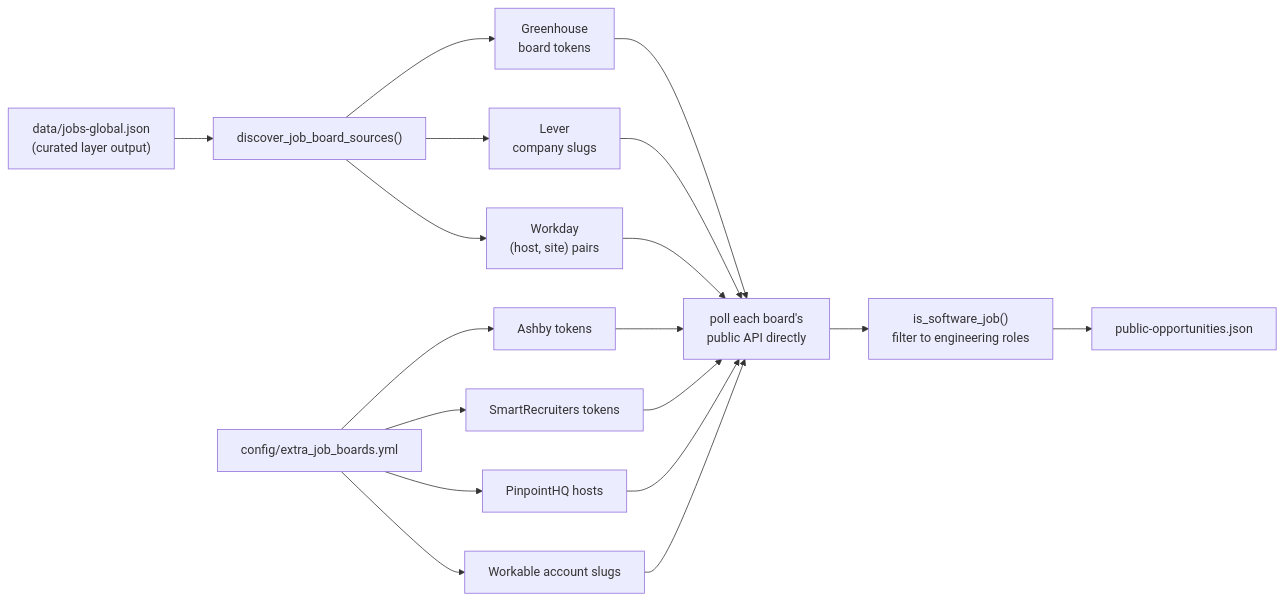
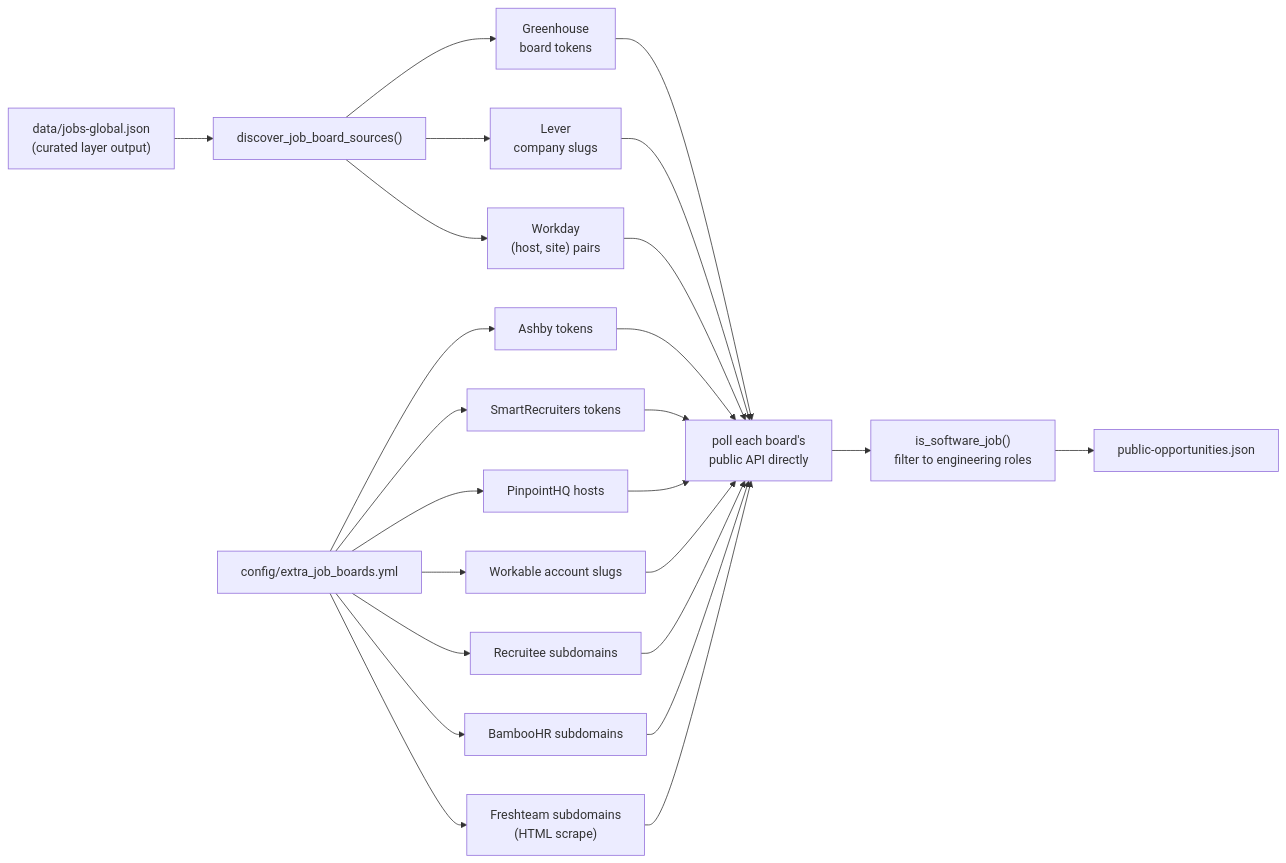
Before and after one commit to AhmedNassar7/tracker: the third of 4 diagrams in docs/FEATURES.md, drawn with Mermaid. The commit also changed other lines of this file and 10 other files, not shown here.

Commit message:
Add support for BambooHR and Freshteam ATS integrations

````diff
--- a/docs/FEATURES.md
+++ b/docs/FEATURES.md
@@ -143,21 +147,27 @@
 ```mermaid
 flowchart LR
     Seed["data/jobs-global.json\n(curated layer output)"] --> Discover["discover_job_board_sources()"]
     Discover --> GH["Greenhouse\nboard tokens"]
     Discover --> LV["Lever\ncompany slugs"]
     Discover --> WD["Workday\n(host, site) pairs"]
     Config["config/extra_job_boards.yml"] --> AB["Ashby tokens"]
     Config --> SR["SmartRecruiters tokens"]
     Config --> PP["PinpointHQ hosts"]
     Config --> WK["Workable account slugs"]
+    Config --> RC["Recruitee subdomains"]
+    Config --> BH["BambooHR subdomains"]
+    Config --> FT["Freshteam subdomains\n(HTML scrape)"]
 
     GH --> Poll["poll each board's\npublic API directly"]
     LV --> Poll
     WD --> Poll
     AB --> Poll
     SR --> Poll
     PP --> Poll
     WK --> Poll
+    RC --> Poll
+    BH --> Poll
+    FT --> Poll
     Poll --> Filter["is_software_job()\nfilter to engineering roles"]
     Filter --> Out["public-opportunities.json"]
 ```
````
